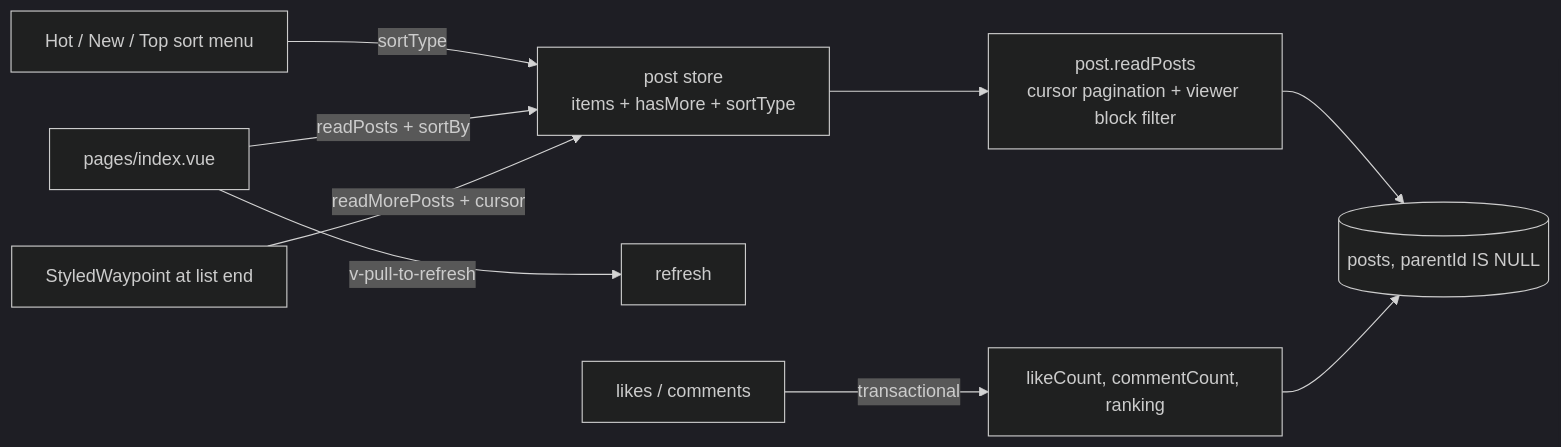
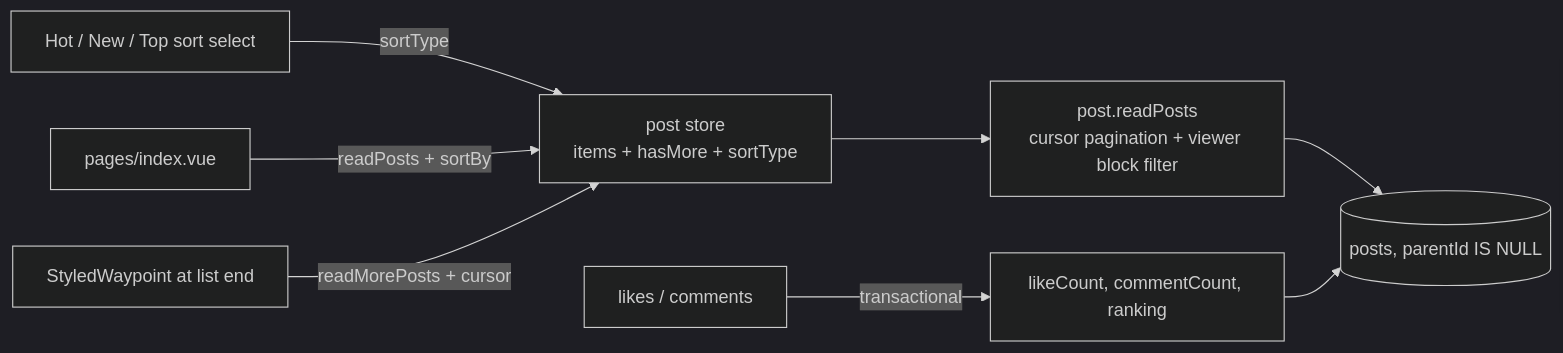
One commit to Esposter/Esposter changed the diagram in apps/web/content/docs/post/feed-and-ranking.md. Above: the diagram before and after it, drawn with Mermaid (dark theme). The commit also changed other lines of this file and 35 other files, not shown here.

````diff
--- a/apps/web/content/docs/post/feed-and-ranking.md
+++ b/apps/web/content/docs/post/feed-and-ranking.md
@@ -12,11 +12,10 @@
 ```mermaid
 flowchart LR
-  sortMenu[Hot / New / Top sort menu] -->|sortType| store[post store<br/>items + hasMore + sortType]
+  sortSelect[Hot / New / Top sort select] -->|sortType| store[post store<br/>items + hasMore + sortType]
   page[pages/index.vue] -->|readPosts + sortBy| store
-  page -->|v-pull-to-refresh| refresh[refresh]
   waypoint[StyledWaypoint at list end] -->|readMorePosts + cursor| store
   store --> proc[post.readPosts<br/>cursor pagination + viewer block filter]
   proc --> pg[(posts, parentId IS NULL)]
   mutation[likes / comments] -->|transactional| counters[likeCount, commentCount, ranking]
   counters --> pg
 ```
````
